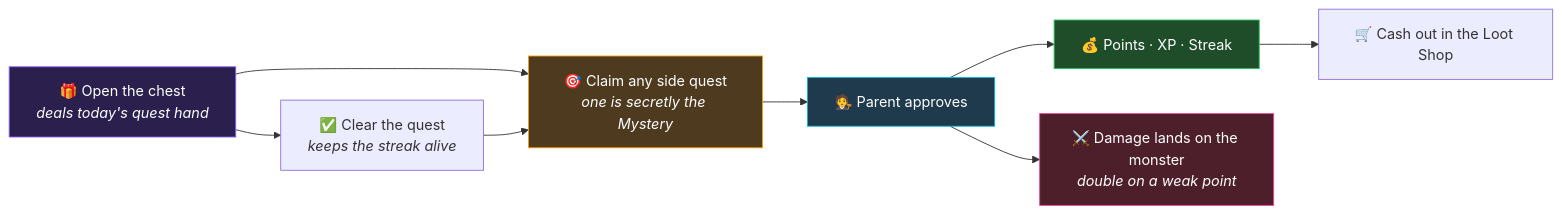
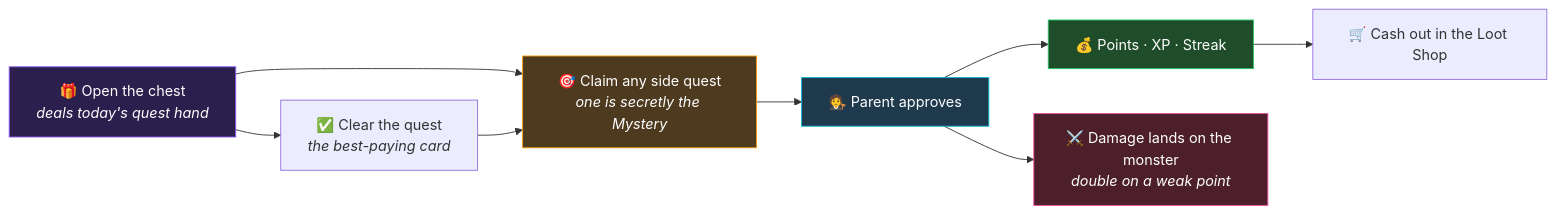
The diagram in README.md (developworkwright/levelup-chores), drawn with Mermaid before and after one commit. The commit also changed other lines of this file and 26 other files, not shown here.

````diff
--- a/README.md
+++ b/README.md
@@ -44,16 +44,16 @@
 ```mermaid
 flowchart LR
-    A["🎁 Open the chest<br/><i>deals today's quest hand</i>"] --> B["✅ Clear the quest<br/><i>keeps the streak alive</i>"]
+    A["🎁 Open the chest<br/><i>deals today's quest hand</i>"] --> B["✅ Clear the quest<br/><i>the best-paying card</i>"]
     A --> D["🎯 Claim any side quest<br/><i>one is secretly the Mystery</i>"]
     B --> D
     D --> E["🧑‍⚖️ Parent approves"]
     E --> F["💰 Points · XP · Streak"]
     E --> H["⚔️ Damage lands on the monster<br/><i>double on a weak point</i>"]
     F --> G["🛒 Cash out in the Loot Shop"]
 
     style A fill:#2a1f4d,stroke:#8b5cf6,color:#fff
     style D fill:#4d3a1f,stroke:#f59e0b,color:#fff
     style E fill:#1f3a4d,stroke:#06b6d4,color:#fff
     style F fill:#1f4d2a,stroke:#22c55e,color:#fff
     style H fill:#4d1f2a,stroke:#ec4899,color:#fff
 ```
````
